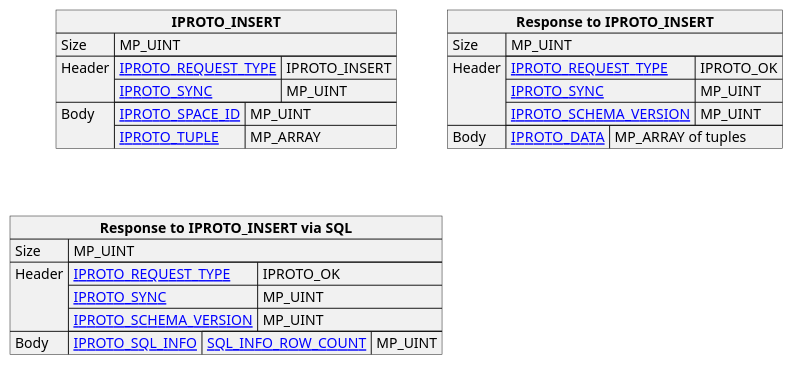
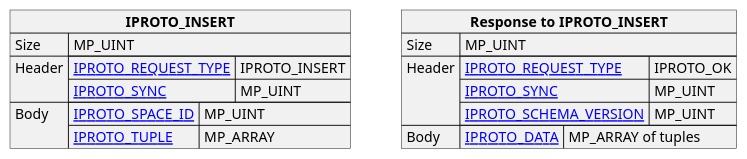
The diagram in doc/dev_guide/internals/iproto/images/insert.puml (tarantool/doc), drawn with PlantUML before and after one commit. The commit also changed 3 other files, not shown here.

Commit message:
Remove SQL response from SELECT and INSERT packet schemes

```diff
--- a/doc/dev_guide/internals/iproto/images/insert.puml
+++ b/doc/dev_guide/internals/iproto/images/insert.puml
@@ -1,48 +1,34 @@
 @startuml
 
 skinparam map {
     HyperlinkColor #0077FF
     FontColor #313131
     BorderColor #313131
     BackgroundColor transparent
 }
 
 json "**IPROTO_INSERT**" as insert_request {
     "Size": "MP_UINT",
     "Header": {
       "[[https://tarantool.io/en/doc/latest/dev_guide/internals/iproto/keys IPROTO_REQUEST_TYPE]]": "IPROTO_INSERT",
       "[[https://tarantool.io/en/doc/latest/dev_guide/internals/iproto/keys IPROTO_SYNC]]": "MP_UINT"
     },
     "Body": {
       "[[https://tarantool.io/en/doc/latest/dev_guide/internals/iproto/keys IPROTO_SPACE_ID]]": "MP_UINT",
       "[[https://tarantool.io/en/doc/latest/dev_guide/internals/iproto/keys IPROTO_TUPLE]]": "MP_ARRAY"
     }
 }
 
 json "**Response to IPROTO_INSERT**" as insert_response {
     "Size": "MP_UINT",
     "Header": {
     "[[tarantool.io/en/doc/latest/dev_guide/internals/iproto/keys IPROTO_REQUEST_TYPE]]": "IPROTO_OK",
     "[[tarantool.io/en/doc/latest/dev_guide/internals/iproto/keys IPROTO_SYNC]]": "MP_UINT",
     "[[tarantool.io/en/doc/latest/dev_guide/internals/iproto/keys IPROTO_SCHEMA_VERSION]]": "MP_UINT"
     },
     "Body": {
     "[[tarantool.io/en/doc/latest/dev_guide/internals/iproto/keys IPROTO_DATA]]": "MP_ARRAY of tuples"
     }
 }
 
-json "**Response to IPROTO_INSERT via SQL**" as insert_response_sql {
-    "Size": "MP_UINT",
-    "Header": {
-    "[[tarantool.io/en/doc/latest/dev_guide/internals/iproto/keys IPROTO_REQUEST_TYPE]]": "IPROTO_OK",
-    "[[tarantool.io/en/doc/latest/dev_guide/internals/iproto/keys IPROTO_SYNC]]": "MP_UINT",
-    "[[tarantool.io/en/doc/latest/dev_guide/internals/iproto/keys IPROTO_SCHEMA_VERSION]]": "MP_UINT"
-    },
-    "Body": {
-    "[[tarantool.io/en/doc/latest/dev_guide/internals/iproto/keys IPROTO_SQL_INFO]]": {
-        "[[tarantool.io/en/doc/latest/dev_guide/internals/iproto/keys SQL_INFO_ROW_COUNT]]": "MP_UINT"
-      }
-    }
-}
-
 @enduml
```
